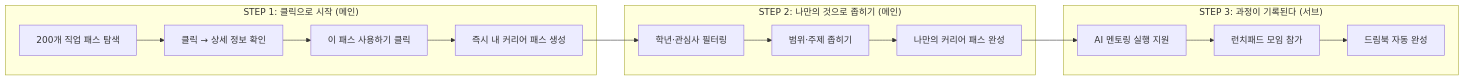
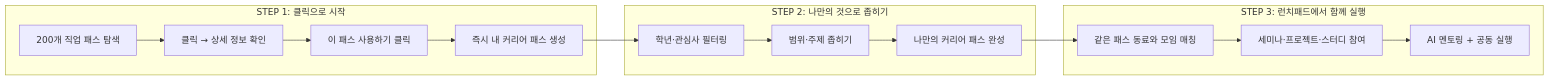
One commit to Collegenie-X/AI-career-path changed the second of 9 diagrams in INVESTMENT_PROPOSAL.md. Above: the diagram before and after it, drawn with Mermaid. The commit also changed other lines of this file and 10 other files, not shown here.

````diff
--- a/INVESTMENT_PROPOSAL.md
+++ b/INVESTMENT_PROPOSAL.md
@@ -131,18 +143,18 @@
 ```mermaid
 graph LR
-    subgraph "STEP 1: 클릭으로 시작 (메인)"
+    subgraph "STEP 1: 클릭으로 시작"
         A["200개 직업 패스 탐색"] --> B["클릭 → 상세 정보 확인"]
         B --> C["이 패스 사용하기 클릭"]
         C --> D["즉시 내 커리어 패스 생성"]
     end
-    subgraph "STEP 2: 나만의 것으로 좁히기 (메인)"
+    subgraph "STEP 2: 나만의 것으로 좁히기"
         D --> E["학년·관심사 필터링"]
         E --> F["범위·주제 좁히기"]
         F --> G["나만의 커리어 패스 완성"]
     end
-    subgraph "STEP 3: 과정이 기록된다 (서브)"
-        G --> H["AI 멘토링 실행 지원"]
-        H --> I["런치패드 모임 참가"]
-        I --> J["드림북 자동 완성"]
+    subgraph "STEP 3: 런치패드에서 함께 실행"
+        G --> H["같은 패스 동료와 모임 매칭"]
+        H --> I["세미나·프로젝트·스터디 참여"]
+        I --> J["AI 멘토링 + 공동 실행"]
     end
 ```
````
